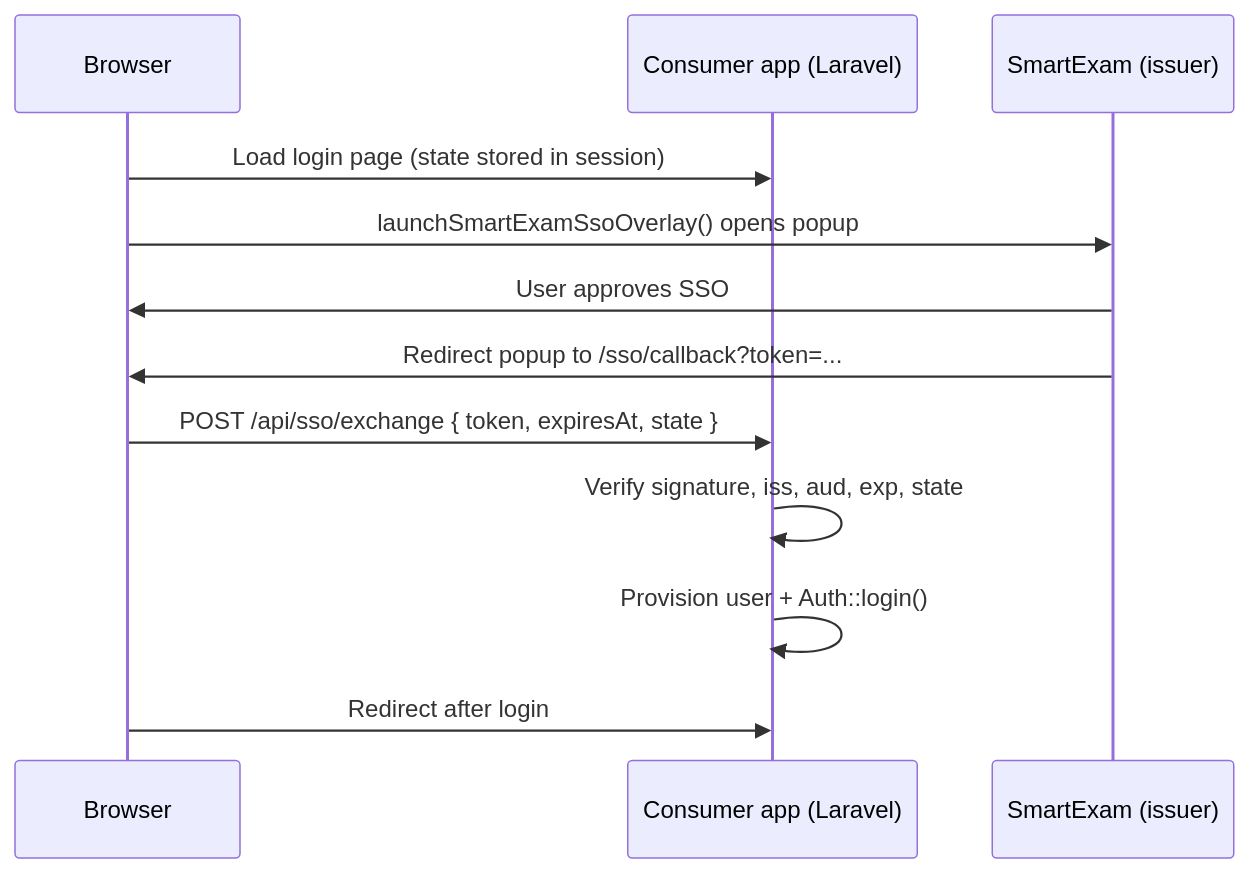
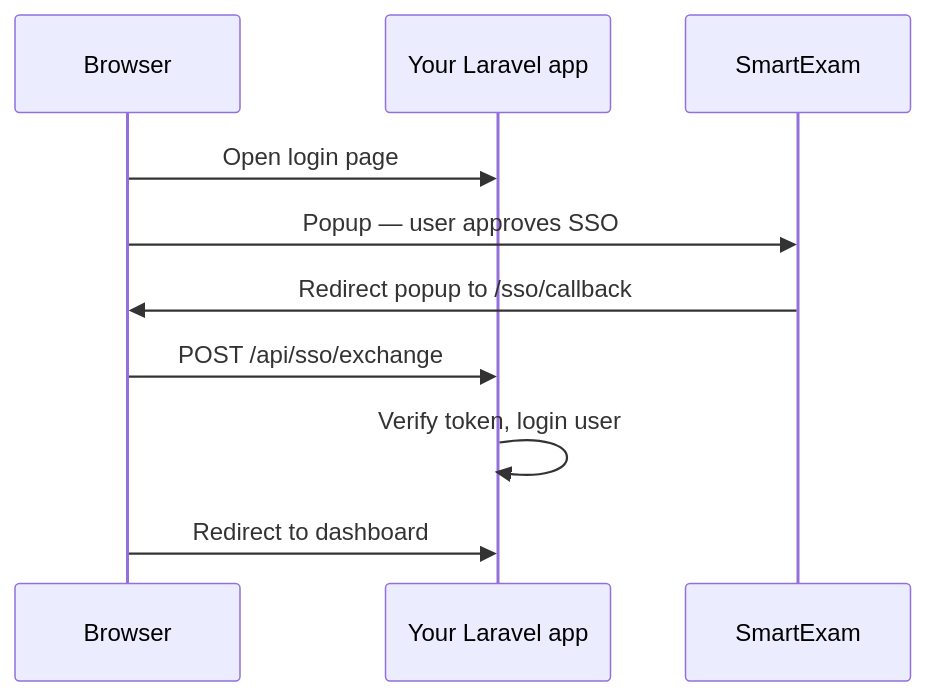
The diagram in README.md (rajkumarchanda/ums-sso-client), drawn with Mermaid before and after one commit. The commit also changed other lines of this file and 16 other files, not shown here.

````diff
--- a/README.md
+++ b/README.md
@@ -17,15 +71,13 @@
 ```mermaid
 sequenceDiagram
     participant Browser
-    participant Consumer as Consumer app (Laravel)
-    participant UMS as SmartExam (issuer)
+    participant App as Your Laravel app
+    participant UMS as SmartExam
 
-    Browser->>Consumer: Load login page (state stored in session)
-    Browser->>UMS: launchSmartExamSsoOverlay() opens popup
-    UMS->>Browser: User approves SSO
-    UMS->>Browser: Redirect popup to /sso/callback?token=...
-    Browser->>Consumer: POST /api/sso/exchange { token, expiresAt, state }
-    Consumer->>Consumer: Verify signature, iss, aud, exp, state
-    Consumer->>Consumer: Provision user + Auth::login()
-    Browser->>Consumer: Redirect after login
+    Browser->>App: Open login page
+    Browser->>UMS: Popup — user approves SSO
+    UMS->>Browser: Redirect popup to /sso/callback
+    Browser->>App: POST /api/sso/exchange
+    App->>App: Verify token, login user
+    Browser->>App: Redirect to dashboard
 ```
````
